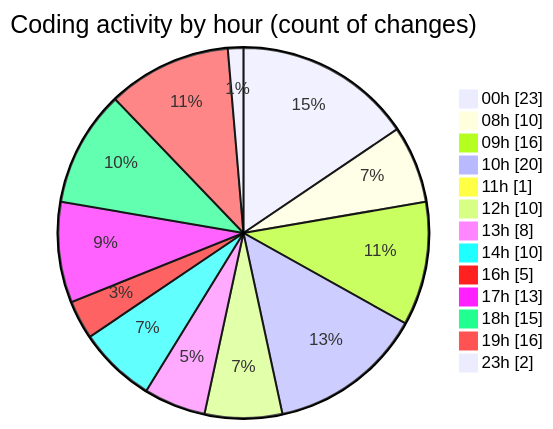
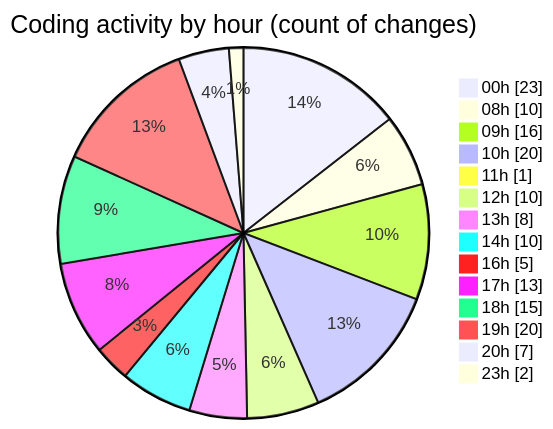
The second of 2 diagrams in 2025-05-29/advertise/README.md (Elitesun/code-tracking), drawn with Mermaid before and after one commit. The commit also changed other lines of this file and 1 other file, not shown here.

````diff
--- a/2025-05-29/advertise/README.md
+++ b/2025-05-29/advertise/README.md
@@ -47,17 +48,18 @@
 ```mermaid
 pie showData
 title Coding activity by hour (count of changes)
 "00h" : 23
 "08h" : 10
 "09h" : 16
 "10h" : 20
 "11h" : 1
 "12h" : 10
 "13h" : 8
 "14h" : 10
 "16h" : 5
 "17h" : 13
 "18h" : 15
-"19h" : 16
+"19h" : 20
+"20h" : 7
 "23h" : 2
 ```
````
